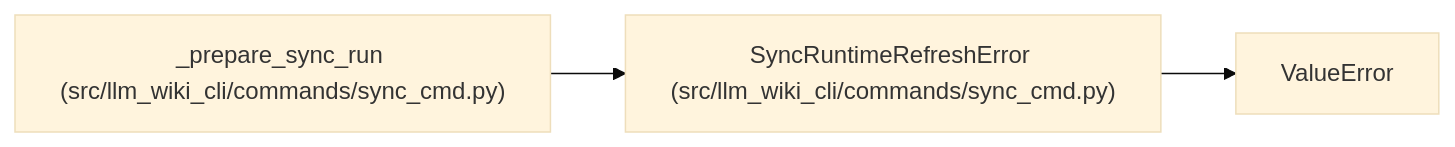
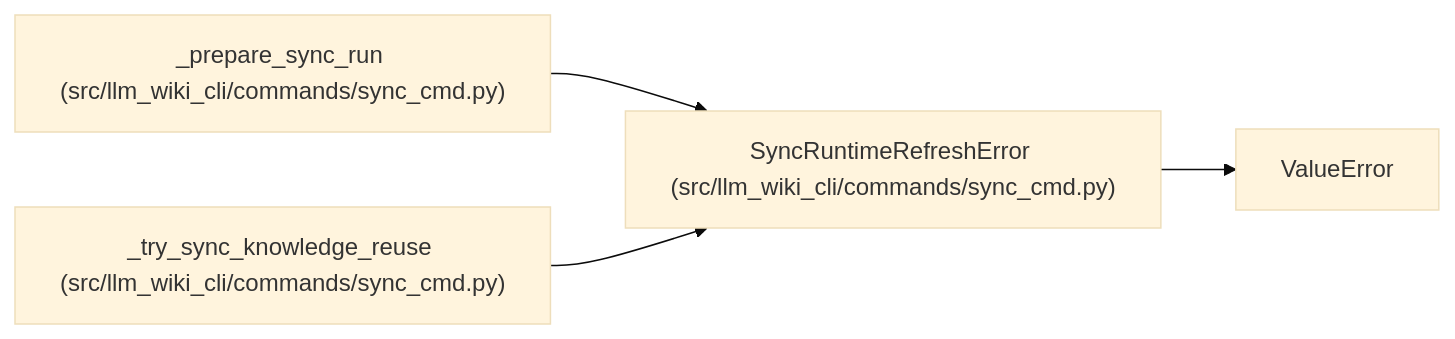
One commit to Denissvgn/python-wiki-llm changed the diagram in docs/llm_wiki/entities/SyncRuntimeRefreshError.md. Above: the diagram before and after it, drawn with Mermaid (base theme). The commit also changed other lines of this file and 240 other files, not shown here.

````diff
--- a/docs/llm_wiki/entities/SyncRuntimeRefreshError.md
+++ b/docs/llm_wiki/entities/SyncRuntimeRefreshError.md
@@ -23,10 +23,13 @@
 ```mermaid
 flowchart LR
     n0["SyncRuntimeRefreshError (src/llm_wiki_cli/commands/sync_cmd.py)"]
     n1["ValueError"]
     n2["_prepare_sync_run (src/llm_wiki_cli/commands/sync_cmd.py)"]
+    n3["_try_sync_knowledge_reuse (src/llm_wiki_cli/commands/sync_cmd.py)"]
     n0 --> n1
     n2 --> n0
+    n3 --> n0
     click n0 "../modules/sync_cmd.md"
     click n2 "../modules/sync_cmd.md"
+    click n3 "../modules/sync_cmd.md"
 ```
````
